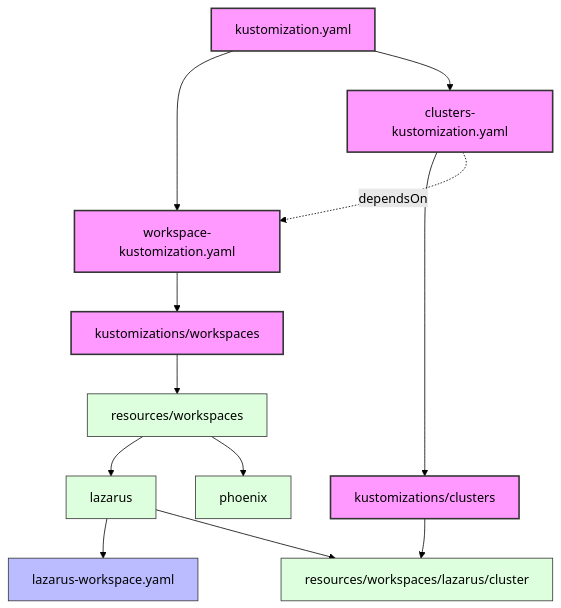
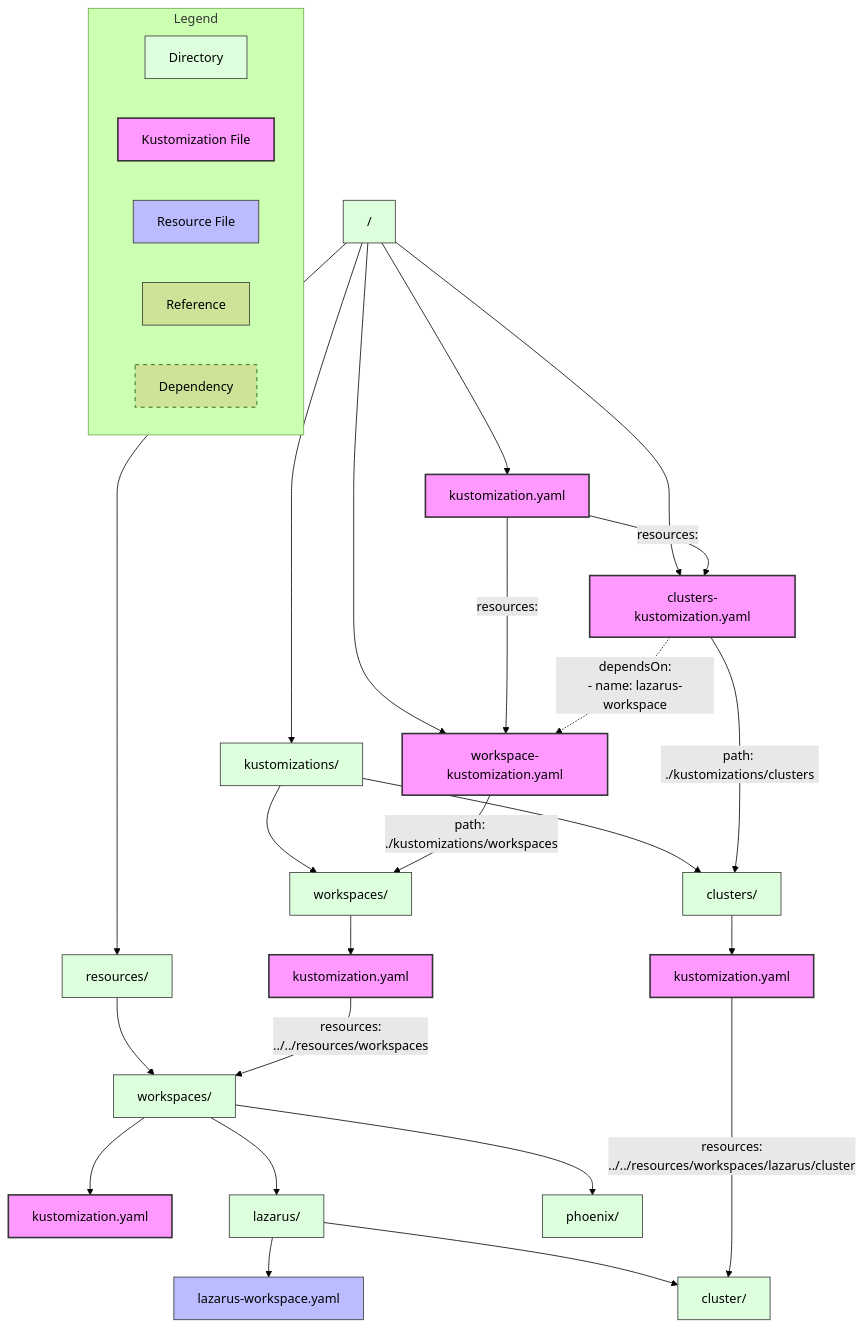
One commit to WinsonSou/lazarus-cluster-gitops-pro changed the diagram in README.md. Above: the diagram before and after it, drawn with Mermaid (forest theme). The commit also changed other lines of this file, not shown here.

Commit message:
Update Mermaid diagram with detailed file structure and relationships

````diff
--- a/README.md
+++ b/README.md
@@ -9,34 +9,70 @@
 ```mermaid
 graph TD
-    %% Main kustomization files
-    A[kustomization.yaml] --> B[workspace-kustomization.yaml]
-    A --> C[clusters-kustomization.yaml]
+    %% Root directory
+    Root["/"] --> Kustomizations["kustomizations/"]
+    Root --> Resources["resources/"]
+    Root --> RootKustYaml["kustomization.yaml"]
+    Root --> WorkspaceKustYaml["workspace-kustomization.yaml"]
+    Root --> ClustersKustYaml["clusters-kustomization.yaml"]
     
-    %% Workspace kustomization path
-    B --> D[kustomizations/workspaces]
-    D --> E[resources/workspaces]
+    %% Root kustomization file references
+    RootKustYaml -- "resources:" --> WorkspaceKustYaml
+    RootKustYaml -- "resources:" --> ClustersKustYaml
     
-    %% Clusters kustomization path
-    C --> F[kustomizations/clusters]
-    F --> G[resources/workspaces/lazarus/cluster]
+    %% Kustomizations directory
+    Kustomizations --> KustWork["workspaces/"]
+    Kustomizations --> KustCluster["clusters/"]
     
-    %% Dependency relationship
-    C -.-> |dependsOn| B
+    %% Kustomization files in subdirectories
+    KustWork --> KWorkKustYaml["kustomization.yaml"]
+    KustCluster --> KClusterKustYaml["kustomization.yaml"]
     
-    %% Workspace resources
-    E --> H[lazarus]
-    E --> I[phoenix]
+    %% Resources directory
+    Resources --> ResWorkspaces["workspaces/"]
     
-    %% Lazarus workspace resources
-    H --> J[lazarus-workspace.yaml]
-    H --> G
+    %% Resources/workspaces directory
+    ResWorkspaces --> ResWorkKustYaml["kustomization.yaml"]
+    ResWorkspaces --> Lazarus["lazarus/"]
+    ResWorkspaces --> Phoenix["phoenix/"]
+    
+    %% Lazarus directory
+    Lazarus --> LazWorkspace["lazarus-workspace.yaml"]
+    Lazarus --> LazCluster["cluster/"]
+    
+    %% References from kustomization files to resources
+    KWorkKustYaml -- "resources:\n../../resources/workspaces" --> ResWorkspaces
+    KClusterKustYaml -- "resources:\n../../resources/workspaces/lazarus/cluster" --> LazCluster
+    
+    %% Flux Kustomization references
+    WorkspaceKustYaml -- "path: ./kustomizations/workspaces" --> KustWork
+    ClustersKustYaml -- "path: ./kustomizations/clusters" --> KustCluster
+    
+    %% Dependencies
+    ClustersKustYaml -. "dependsOn:\n- name: lazarus-workspace" .-> WorkspaceKustYaml
+    
+    %% Subgraph for legend
+    subgraph Legend
+        Dir["Directory"]
+        KustFile["Kustomization File"]
+        ResFile["Resource File"]
+        RefArrow["Reference"]
+        DepArrow["Dependency"]
+    end
     
     %% Styling
+    classDef directory fill:#dfd,stroke:#333,stroke-width:1px
     classDef kustomization fill:#f9f,stroke:#333,stroke-width:2px
     classDef resource fill:#bbf,stroke:#333,stroke-width:1px
-    classDef directory fill:#dfd,stroke:#333,stroke-width:1px
+    classDef reference stroke:#333,stroke-width:1px
+    classDef dependency stroke-dasharray: 5 5
     
-    class A,B,C,D,F kustomization
-    class E,G,H,I directory
-    class J resource
+    %% Assign classes
+    class Root,Kustomizations,Resources,KustWork,KustCluster,ResWorkspaces,Lazarus,Phoenix,LazCluster directory
+    class RootKustYaml,WorkspaceKustYaml,ClustersKustYaml,KWorkKustYaml,KClusterKustYaml,ResWorkKustYaml kustomization
+    class LazWorkspace resource
+    class Dir directory
+    class KustFile kustomization
+    class ResFile resource
+    class RefArrow reference
+    class DepArrow dependency
 ```
````
